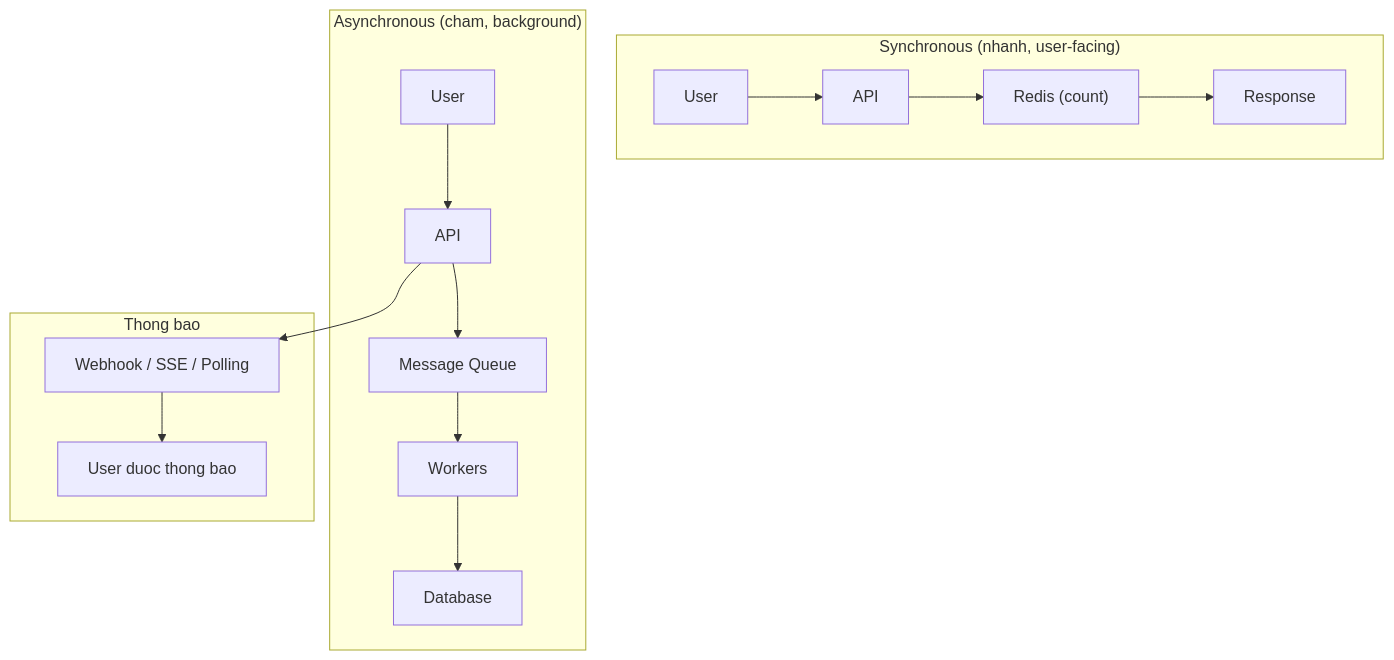
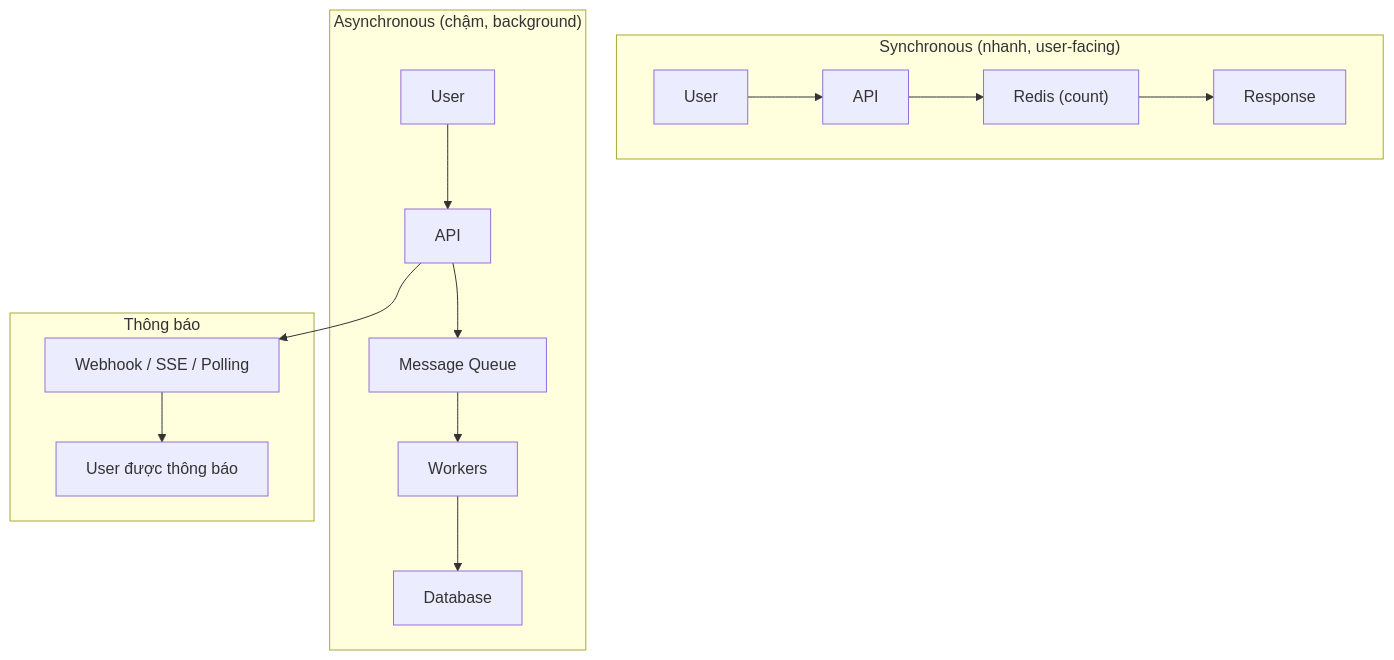
The third of 3 diagrams in src/content/vi/he-thong/scenario-design-millions-users.md (Mrnobody102/it-interview-prep), drawn with Mermaid before and after one commit. The commit also changed other lines of this file and 51 other files, not shown here.

````diff
--- a/src/content/vi/he-thong/scenario-design-millions-users.md
+++ b/src/content/vi/he-thong/scenario-design-millions-users.md
@@ -104,23 +104,23 @@
 ```mermaid
 flowchart TD
     subgraph SYNC["Synchronous (nhanh, user-facing)"]
         S_USER["User"]
         S_API["API"]
         S_REDIS["Redis (count)"]
         S_RESP["Response"]
         S_USER --> S_API --> S_REDIS --> S_RESP
     end
-    subgraph ASYNC["Asynchronous (cham, background)"]
+    subgraph ASYNC["Asynchronous (chậm, background)"]
         A_USER["User"]
         A_API["API"]
         A_QUEUE["Message Queue"]
         A_WORKERS["Workers"]
         A_DB["Database"]
         A_USER --> A_API --> A_QUEUE --> A_WORKERS --> A_DB
     end
-    subgraph NOTIFY["Thong bao"]
+    subgraph NOTIFY["Thông báo"]
         NOTIFY_CH["Webhook / SSE / Polling"]
-        NOTIFY_USER["User duoc thong bao"]
+        NOTIFY_USER["User được thông báo"]
         A_API --> NOTIFY_CH --> NOTIFY_USER
     end
 ```
````
